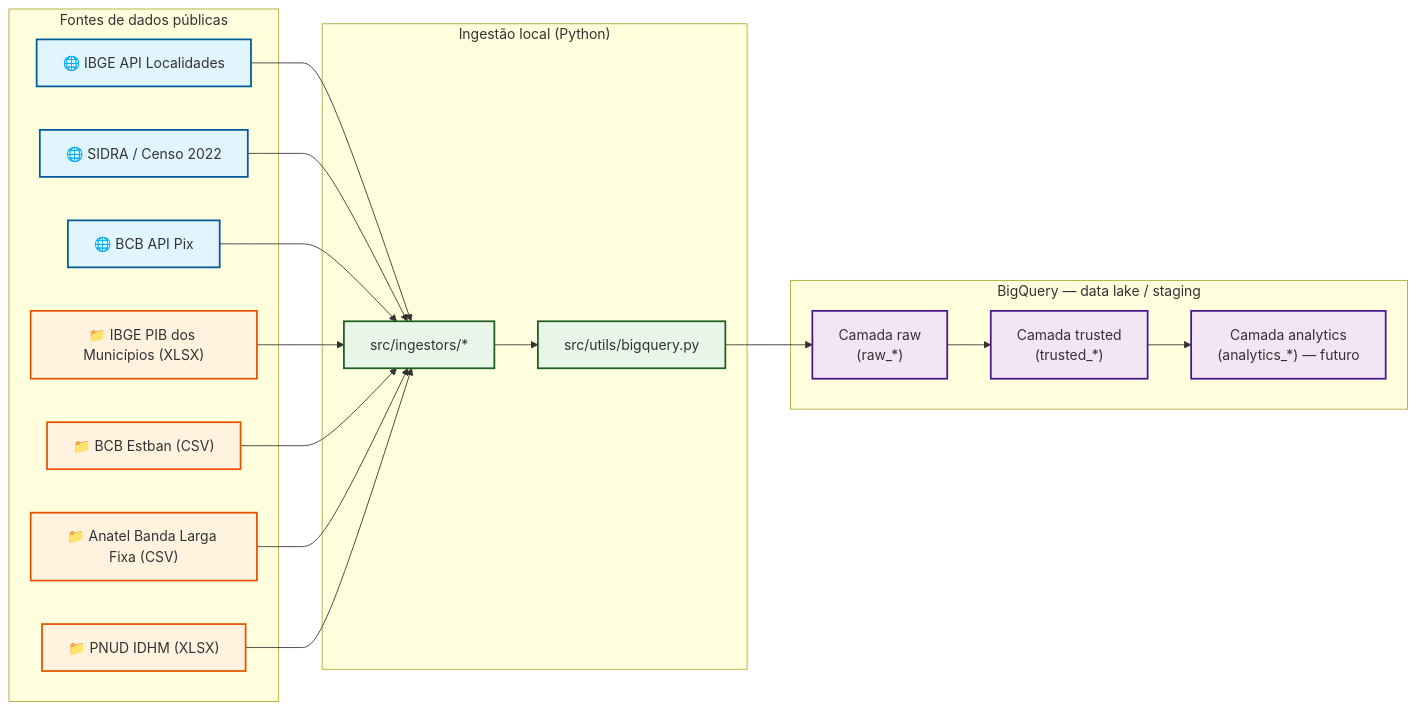
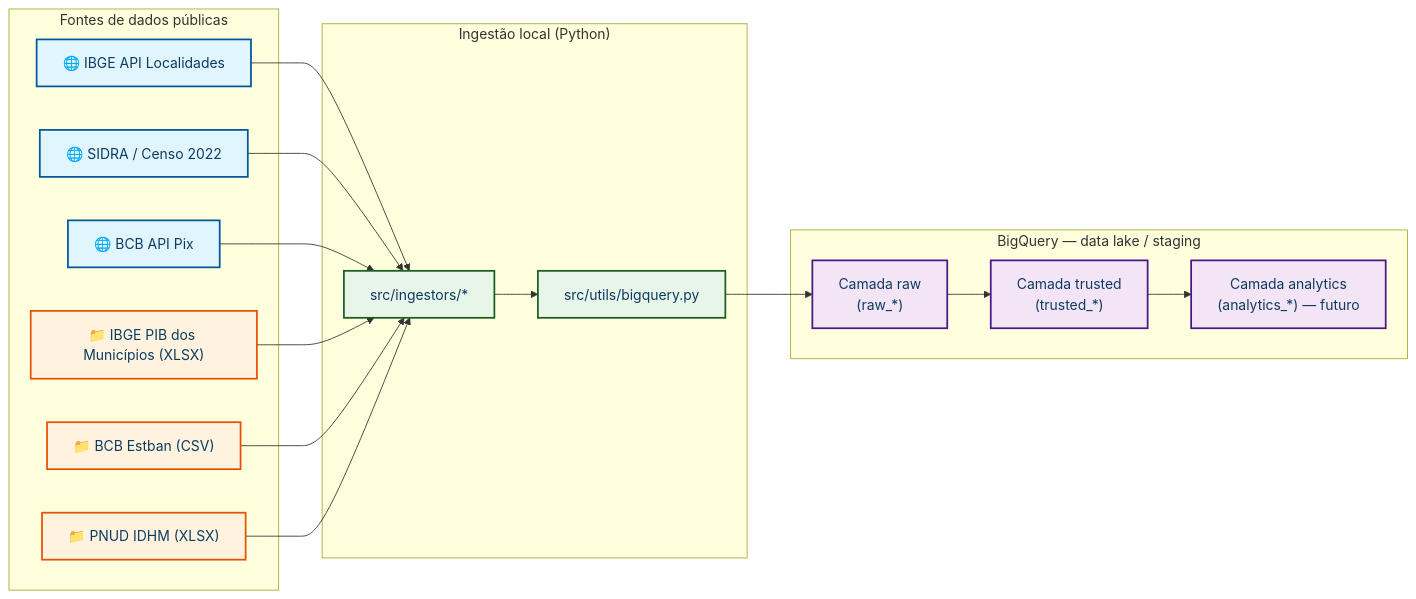
The first of 4 diagrams in docs/Arquitetura_Tecnica.md (LucioFrCruz/heluvina_projeto_final_202602), drawn with Mermaid before and after one commit. The commit also changed other lines of this file, not shown here.

Commit message:
chore: adjust flowchart

````diff
--- a/docs/Arquitetura_Tecnica.md
+++ b/docs/Arquitetura_Tecnica.md
@@ -50,41 +50,39 @@
 ```mermaid
 flowchart LR
-    classDef api fill:#e1f5fe,stroke:#01579b,stroke-width:2px
-    classDef manual fill:#fff3e0,stroke:#e65100,stroke-width:2px
-    classDef script fill:#e8f5e9,stroke:#1b5e20,stroke-width:2px
-    classDef bq fill:#f3e5f5,stroke:#4a148c,stroke-width:2px
+    classDef api fill:#e1f5fe,stroke:#01579b,stroke-width:2px,color:#0d3c61
+    classDef manual fill:#fff3e0,stroke:#e65100,stroke-width:2px,color:#0d3c61
+    classDef script fill:#e8f5e9,stroke:#1b5e20,stroke-width:2px,color:#0d3c61
+    classDef bq fill:#f3e5f5,stroke:#4a148c,stroke-width:2px,color:#0d3c61
 
     subgraph Fontes["Fontes de dados públicas"]
         F1["🌐 IBGE API Localidades"]:::api
         F2["🌐 SIDRA / Censo 2022"]:::api
         F3["🌐 BCB API Pix"]:::api
         F4["📁 IBGE PIB dos Municípios (XLSX)"]:::manual
         F5["📁 BCB Estban (CSV)"]:::manual
-        F6["📁 Anatel Banda Larga Fixa (CSV)"]:::manual
-        F7["📁 PNUD IDHM (XLSX)"]:::manual
+        F6["📁 PNUD IDHM (XLSX)"]:::manual
     end
 
     subgraph Ingestao["Ingestão local (Python)"]
         I1["src/ingestors/*"]:::script
         I2["src/utils/bigquery.py"]:::script
     end
 
     subgraph BigQuery["BigQuery — data lake / staging"]
         R["Camada raw\n(raw_*)"]:::bq
         T["Camada trusted\n(trusted_*)"]:::bq
         A["Camada analytics\n(analytics_*) — futuro"]:::bq
     end
 
     F1 --> I1
     F2 --> I1
     F3 --> I1
     F4 --> I1
     F5 --> I1
     F6 --> I1
-    F7 --> I1
 
     I1 --> I2
     I2 --> R
     R --> T
     T --> A
 ```
````
